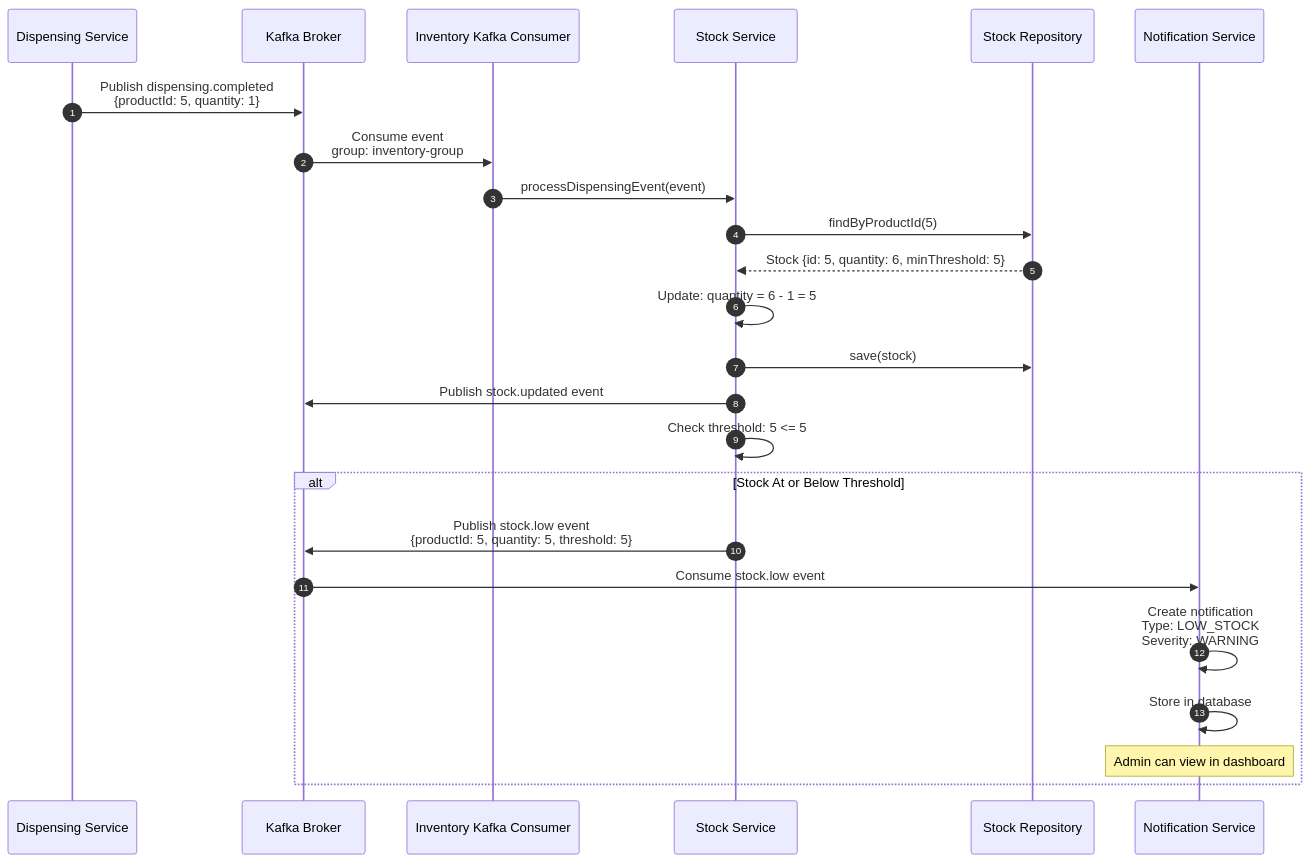
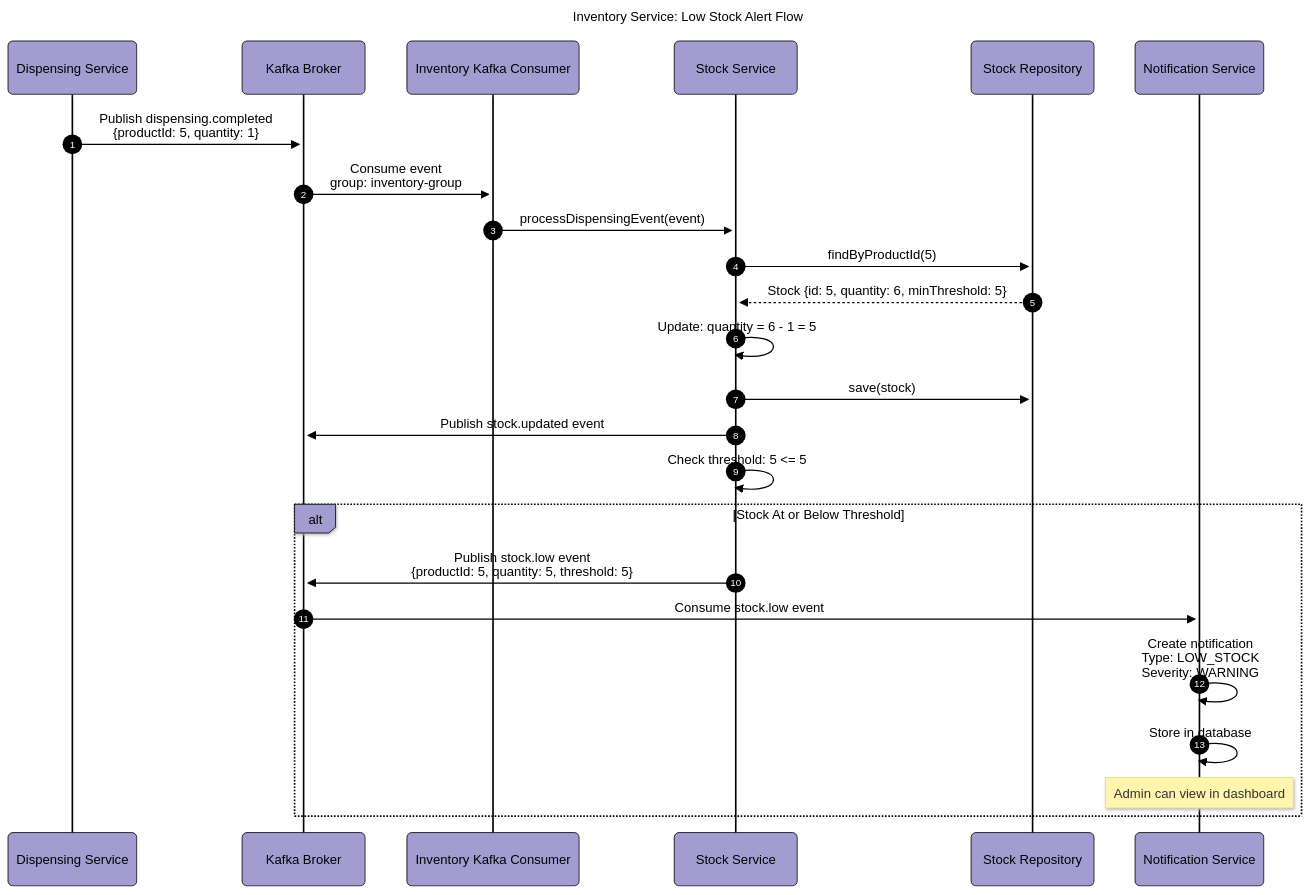
Before and after one commit to BrunoGil-AS/Vending-Machine-Microservices: the ninth of 9 diagrams in Documentation/diagrams/inventory-service.md, drawn with Mermaid. The commit also changed other lines of this file and 7 other files, not shown here.

Commit message:
docs: Update service diagrams with new configurations and titles

````diff
--- a/Documentation/diagrams/inventory-service.md
+++ b/Documentation/diagrams/inventory-service.md
@@ -514,35 +626,49 @@
 ```mermaid
+---
+config:
+  theme: base
+  themeVariables:
+    primaryColor: '#a39cd1ff'
+    primaryTextColor: '#000000'
+    secondaryTextColor: '#ffffffff'
+    primaryBorderColor: '#000000'
+    lineColor: '#000000ff'
+    secondaryColor: '#90b590ff'
+    tertiaryColor: '#f9f6a1ff'
+  look: neo
+title: 'Inventory Service: Low Stock Alert Flow'
+---
 sequenceDiagram
     autonumber
     participant Dispensing as Dispensing Service
     participant Kafka as Kafka Broker
     participant Consumer as Inventory Kafka Consumer
     participant Service as Stock Service
     participant Repo as Stock Repository
     participant Notification as Notification Service
 
     Dispensing->>Kafka: Publish dispensing.completed<br/>{productId: 5, quantity: 1}
 
     Kafka->>Consumer: Consume event<br/>group: inventory-group
     Consumer->>Service: processDispensingEvent(event)
 
     Service->>Repo: findByProductId(5)
     Repo-->>Service: Stock {id: 5, quantity: 6, minThreshold: 5}
 
     Service->>Service: Update: quantity = 6 - 1 = 5
     Service->>Repo: save(stock)
 
     Service->>Kafka: Publish stock.updated event
 
     Service->>Service: Check threshold: 5 <= 5
 
     alt Stock At or Below Threshold
         Service->>Kafka: Publish stock.low event<br/>{productId: 5, quantity: 5, threshold: 5}
 
         Kafka->>Notification: Consume stock.low event
         Notification->>Notification: Create notification<br/>Type: LOW_STOCK<br/>Severity: WARNING
         Notification->>Notification: Store in database
 
         Note over Notification: Admin can view in dashboard
     end
 ```
````
